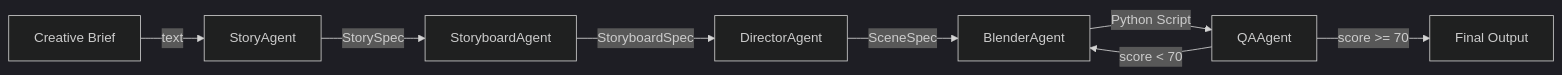
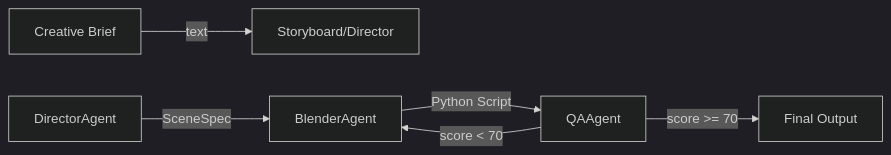
One commit to GAYENSIS09/DeepBl4nder changed the diagram in README.md. Above: the diagram before and after it, drawn with Mermaid (dark theme). The commit also changed other lines of this file and 118 other files, not shown here.

````diff
--- a/README.md
+++ b/README.md
@@ -34,10 +31,8 @@
 ```mermaid
 graph LR
-    BRIEF["Creative Brief"] -->|"text"| STORY["StoryAgent"]
-    STORY -->|"StorySpec"| BOARD["StoryboardAgent"]
-    BOARD -->|"StoryboardSpec"| DIRECTOR["DirectorAgent"]
-    DIRECTOR -->|"SceneSpec"| BLENDER["BlenderAgent"]
+    BRIEF["Creative Brief"] -->|"text"| BOARD["Storyboard/Director"]
+    DIR["DirectorAgent"] -->|"SceneSpec"| BLENDER["BlenderAgent"]
     BLENDER -->|"Python Script"| QA["QAAgent"]
     QA -->|"score < 70"| BLENDER
     QA -->|"score >= 70"| OUTPUT["Final Output"]
 ```
````
